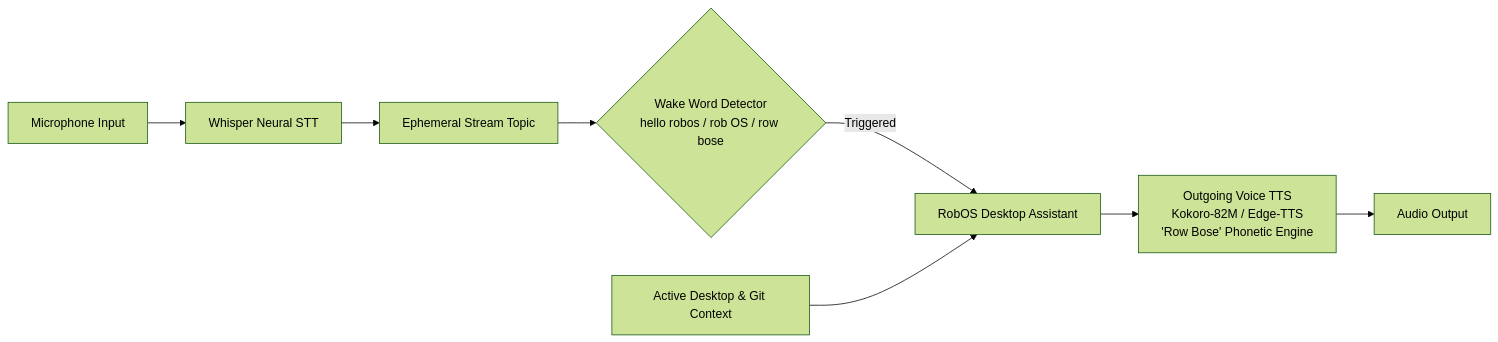
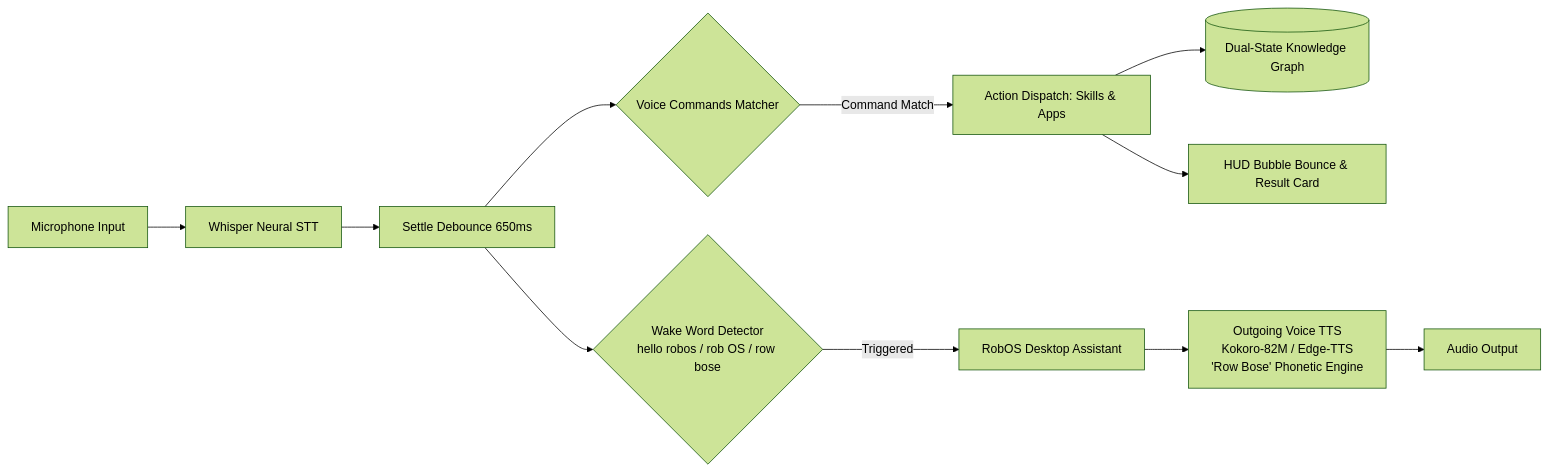
Before and after one commit to nddipiazza/robos: the diagram in docs/_apps/voice-prompt.md, drawn with Mermaid (forest theme). The commit also changed other lines of this file and 7 other files, not shown here.

Commit message:
docs(voice): add voice activated commands documentation with screenshots and architecture diagram

````diff
--- a/docs/_apps/voice-prompt.md
+++ b/docs/_apps/voice-prompt.md
@@ -21,10 +41,13 @@
 ```mermaid
 flowchart LR
     Mic[Microphone Input] --> STT[Whisper Neural STT]
-    STT --> Stream[Ephemeral Stream Topic]
-    Stream --> Wake{"Wake Word Detector\nhello robos / rob OS / row bose"}
+    STT --> Settle[Settle Debounce 650ms]
+    Settle --> Matcher{Voice Commands Matcher}
+    Matcher -->|Command Match| Dispatch[Action Dispatch: Skills & Apps]
+    Dispatch --> KGraph[(Dual-State Knowledge Graph)]
+    Dispatch --> HUD[HUD Bubble Bounce & Result Card]
+    Settle --> Wake{"Wake Word Detector\nhello robos / rob OS / row bose"}
     Wake -->|Triggered| Assistant[RobOS Desktop Assistant]
-    Context[Active Desktop & Git Context] --> Assistant
     Assistant --> TTS["Outgoing Voice TTS\nKokoro-82M / Edge-TTS\n'Row Bose' Phonetic Engine"]
     TTS --> Speaker[Audio Output]
 ```
````
